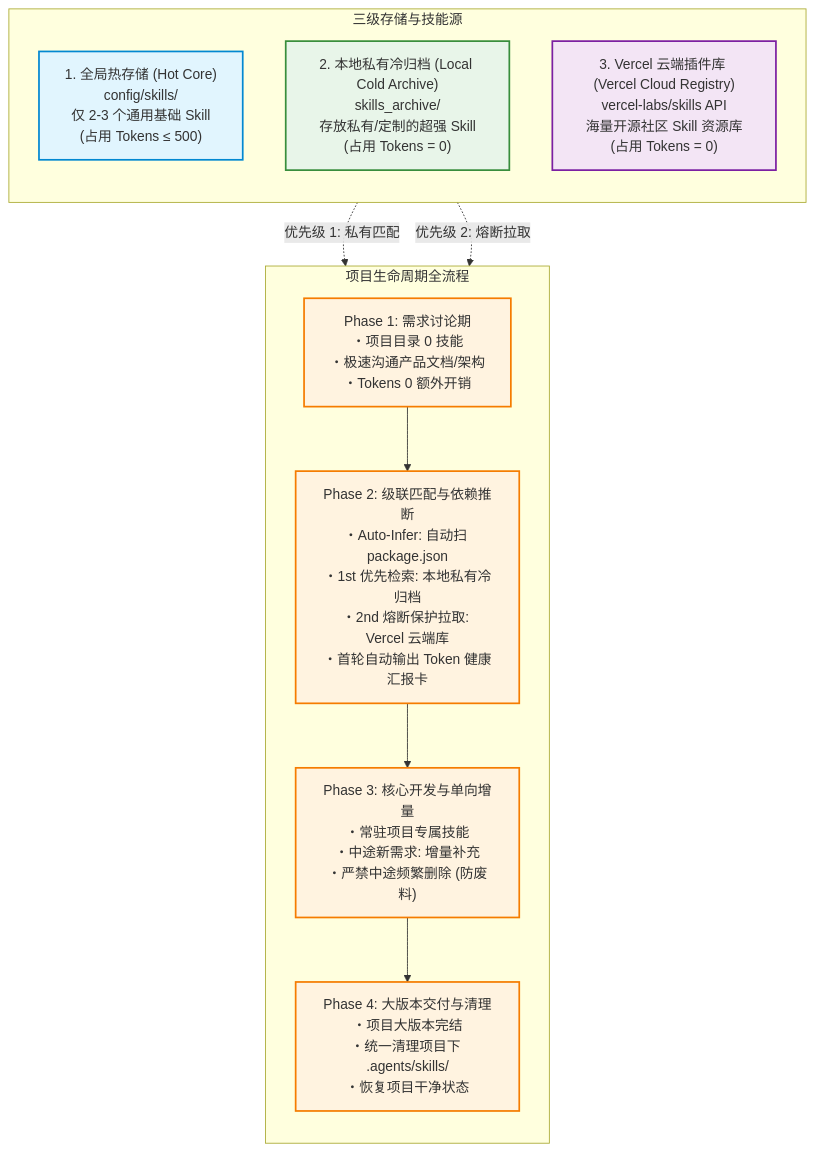
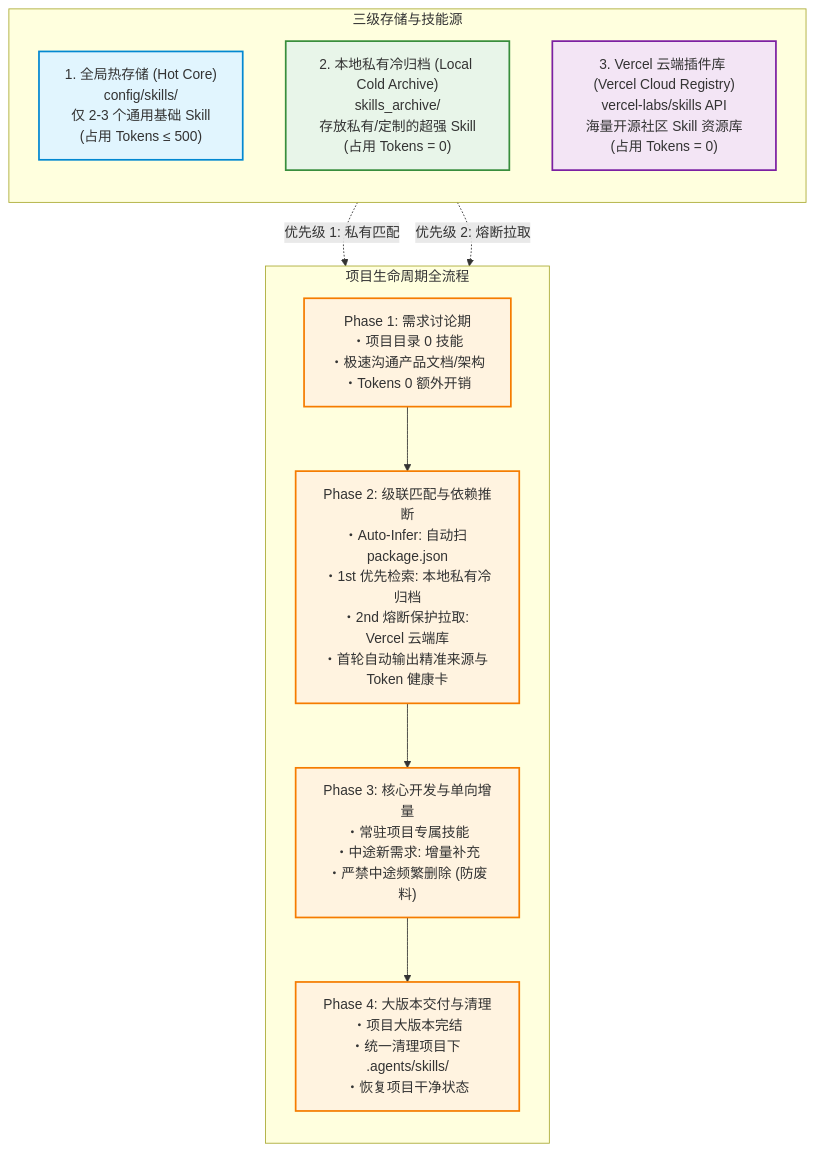
Before and after one commit to amasun/skill-orchestrator: the first of 2 diagrams in README.md, drawn with Mermaid. The commit also changed other lines of this file and 1 other file, not shown here.

````diff
--- a/README.md
+++ b/README.md
@@ -74,27 +75,27 @@
 ```mermaid
 flowchart TD
     classDef hotStyle fill:#e1f5fe,stroke:#0288d1,stroke-width:2px;
     classDef coldStyle fill:#e8f5e9,stroke:#388e3c,stroke-width:2px;
     classDef cloudStyle fill:#f3e5f5,stroke:#7b1fa2,stroke-width:2px;
     classDef phaseStyle fill:#fff3e0,stroke:#f57c00,stroke-width:2px;
 
     subgraph STORAGE["三级存储与技能源"]
         direction TB
         HotCore["1. 全局热存储 (Hot Core)<br>config/skills/<br>仅 2-3 个通用基础 Skill<br>(占用 Tokens &le; 500)"]:::hotStyle
         ColdArchive["2. 本地私有冷归档 (Local Cold Archive)<br>skills_archive/<br>存放私有/定制的超强 Skill<br>(占用 Tokens = 0)"]:::coldStyle
         VercelCloud["3. Vercel 云端插件库 (Vercel Cloud Registry)<br>vercel-labs/skills API<br>海量开源社区 Skill 资源库<br>(占用 Tokens = 0)"]:::cloudStyle
     end
 
     subgraph LIFECYCLE["项目生命周期全流程"]
         direction TB
         P1["Phase 1: 需求讨论期<br>・项目目录 0 技能<br>・极速沟通产品文档/架构<br>・Tokens 0 额外开销"]:::phaseStyle
-        P2["Phase 2: 级联匹配与依赖推断<br>・Auto-Infer: 自动扫 package.json<br>・1st 优先检索: 本地私有冷归档<br>・2nd 熔断保护拉取: Vercel 云端库<br>・首轮自动输出 Token 健康汇报卡"]:::phaseStyle
+        P2["Phase 2: 级联匹配与依赖推断<br>・Auto-Infer: 自动扫 package.json<br>・1st 优先检索: 本地私有冷归档<br>・2nd 熔断保护拉取: Vercel 云端库<br>・首轮自动输出精准来源与 Token 健康卡"]:::phaseStyle
         P3["Phase 3: 核心开发与单向增量<br>・常驻项目专属技能<br>・中途新需求: 增量补充<br>・严禁中途频繁删除 (防废料)"]:::phaseStyle
         P4["Phase 4: 大版本交付与清理<br>・项目大版本完结<br>・统一清理项目下 .agents/skills/<br>・恢复项目干净状态"]:::phaseStyle
 
         P1 --> P2 --> P3 --> P4
     end
 
     ColdArchive -.->|优先级 1: 私有匹配| P2
     VercelCloud -.->|优先级 2: 熔断拉取| P2
 ```
````
